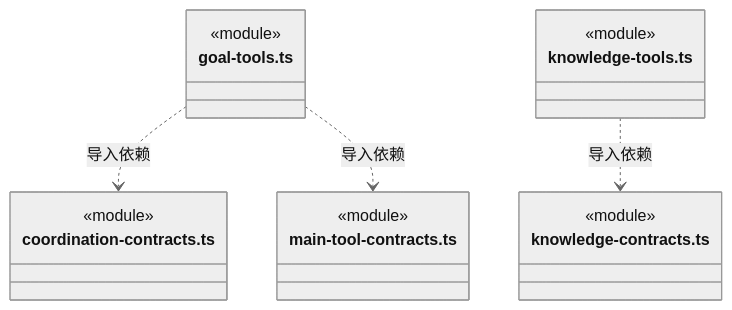
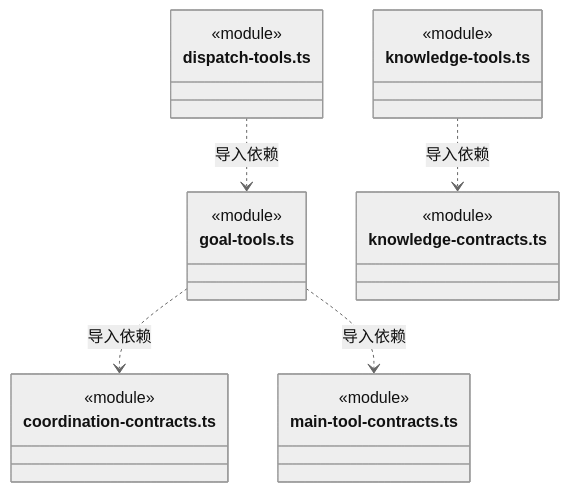
Before and after one commit to nan023062/cbim: diagram 21 of 22 in src/backend/scheduler-engine/tools/ARCHITECTURE.md, drawn with Mermaid (neutral theme). The commit also changed other lines of this file and 41 other files, not shown here.

````diff
--- a/src/backend/scheduler-engine/tools/ARCHITECTURE.md
+++ b/src/backend/scheduler-engine/tools/ARCHITECTURE.md
@@ -446,21 +468,25 @@
 ```mermaid
 classDiagram
+class N_src_backend_scheduler_engine_tools_dispatch_tools_ts["dispatch-tools.ts"] {
+  <<module>>
+}
 class N_src_backend_scheduler_engine_tools_goal_tools_ts["goal-tools.ts"] {
   <<module>>
 }
 class N_src_backend_scheduler_engine_tools_coordination_contracts_ts["coordination-contracts.ts"] {
   <<module>>
 }
 class N_src_backend_scheduler_engine_tools_main_tool_contracts_ts["main-tool-contracts.ts"] {
   <<module>>
 }
 class N_src_backend_scheduler_engine_tools_knowledge_tools_ts["knowledge-tools.ts"] {
   <<module>>
 }
 class N_src_backend_scheduler_engine_tools_knowledge_contracts_ts["knowledge-contracts.ts"] {
   <<module>>
 }
+N_src_backend_scheduler_engine_tools_dispatch_tools_ts ..> N_src_backend_scheduler_engine_tools_goal_tools_ts : 导入依赖
 N_src_backend_scheduler_engine_tools_goal_tools_ts ..> N_src_backend_scheduler_engine_tools_coordination_contracts_ts : 导入依赖
 N_src_backend_scheduler_engine_tools_goal_tools_ts ..> N_src_backend_scheduler_engine_tools_main_tool_contracts_ts : 导入依赖
 N_src_backend_scheduler_engine_tools_knowledge_tools_ts ..> N_src_backend_scheduler_engine_tools_knowledge_contracts_ts : 导入依赖
 ```
````
